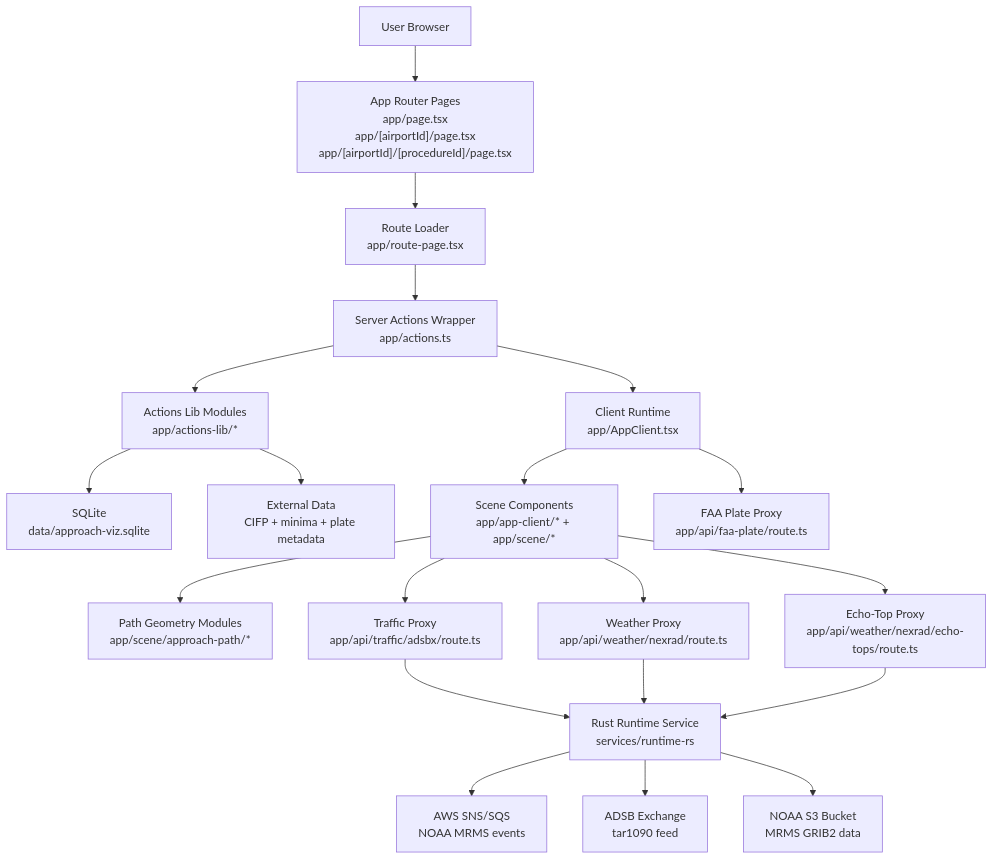
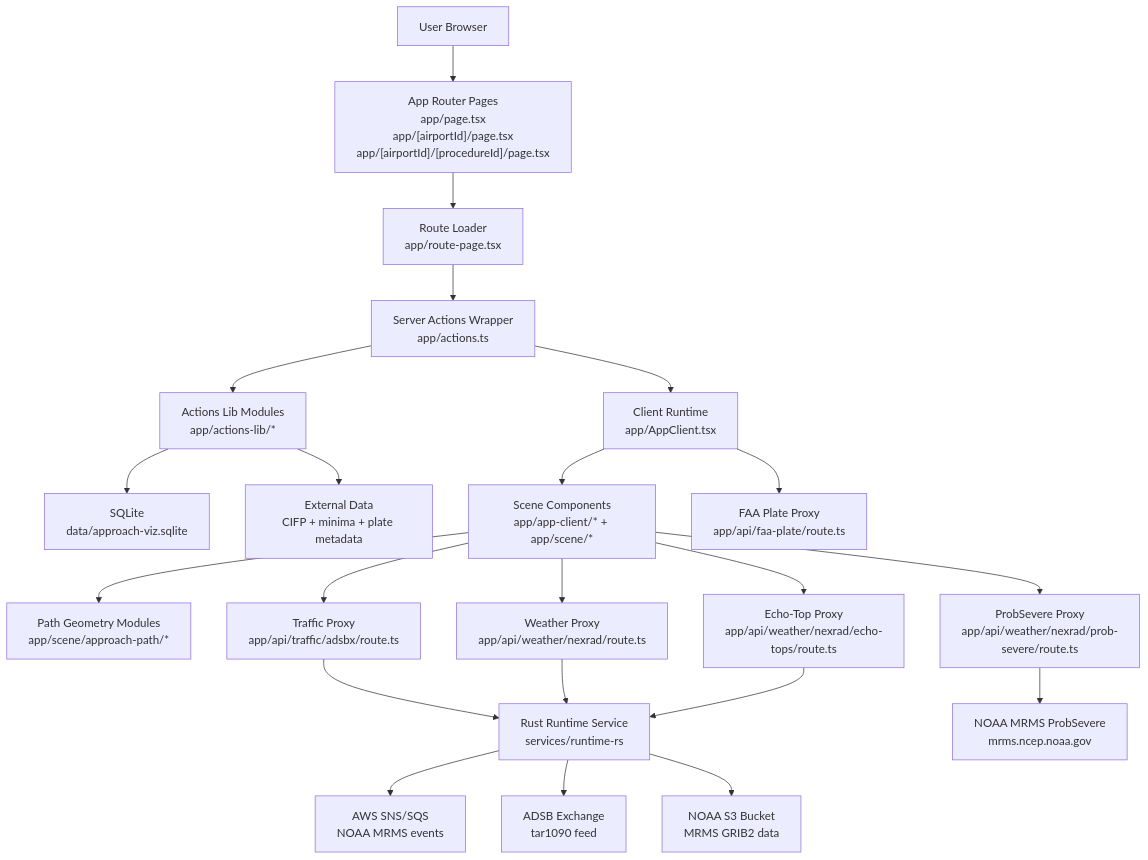
Before and after one commit to andyfangdz/approach-viz: the diagram in docs/architecture-overview.md, drawn with Mermaid. The commit also changed other lines of this file and 17 other files, not shown here.

Commit message:
Add ProbSevere storm cell overlay with centroid-anchored vectors

````diff
--- a/docs/architecture-overview.md
+++ b/docs/architecture-overview.md
@@ -7,22 +7,24 @@
 ```mermaid
 flowchart TD
   U["User Browser"] --> R["App Router Pages<br/>app/page.tsx<br/>app/[airportId]/page.tsx<br/>app/[airportId]/[procedureId]/page.tsx"]
   R --> L["Route Loader<br/>app/route-page.tsx"]
   L --> A["Server Actions Wrapper<br/>app/actions.ts"]
   A --> AL["Actions Lib Modules<br/>app/actions-lib/*"]
   AL --> DB["SQLite<br/>data/approach-viz.sqlite"]
   AL --> EXT["External Data<br/>CIFP + minima + plate metadata"]
   A --> C["Client Runtime<br/>app/AppClient.tsx"]
   C --> S["Scene Components<br/>app/app-client/* + app/scene/*"]
   C --> PP["FAA Plate Proxy<br/>app/api/faa-plate/route.ts"]
   S --> G["Path Geometry Modules<br/>app/scene/approach-path/*"]
   S --> TP["Traffic Proxy<br/>app/api/traffic/adsbx/route.ts"]
   S --> WP["Weather Proxy<br/>app/api/weather/nexrad/route.ts"]
   S --> EP["Echo-Top Proxy<br/>app/api/weather/nexrad/echo-tops/route.ts"]
+  S --> PS["ProbSevere Proxy<br/>app/api/weather/nexrad/prob-severe/route.ts"]
   TP --> RS["Rust Runtime Service<br/>services/runtime-rs"]
   WP --> RS
   EP --> RS
+  PS --> NPS["NOAA MRMS ProbSevere<br/>mrms.ncep.noaa.gov"]
   RS --> SQS["AWS SNS/SQS<br/>NOAA MRMS events"]
   RS --> ADSB["ADSB Exchange<br/>tar1090 feed"]
   RS --> S3["NOAA S3 Bucket<br/>MRMS GRIB2 data"]
 ```
````
